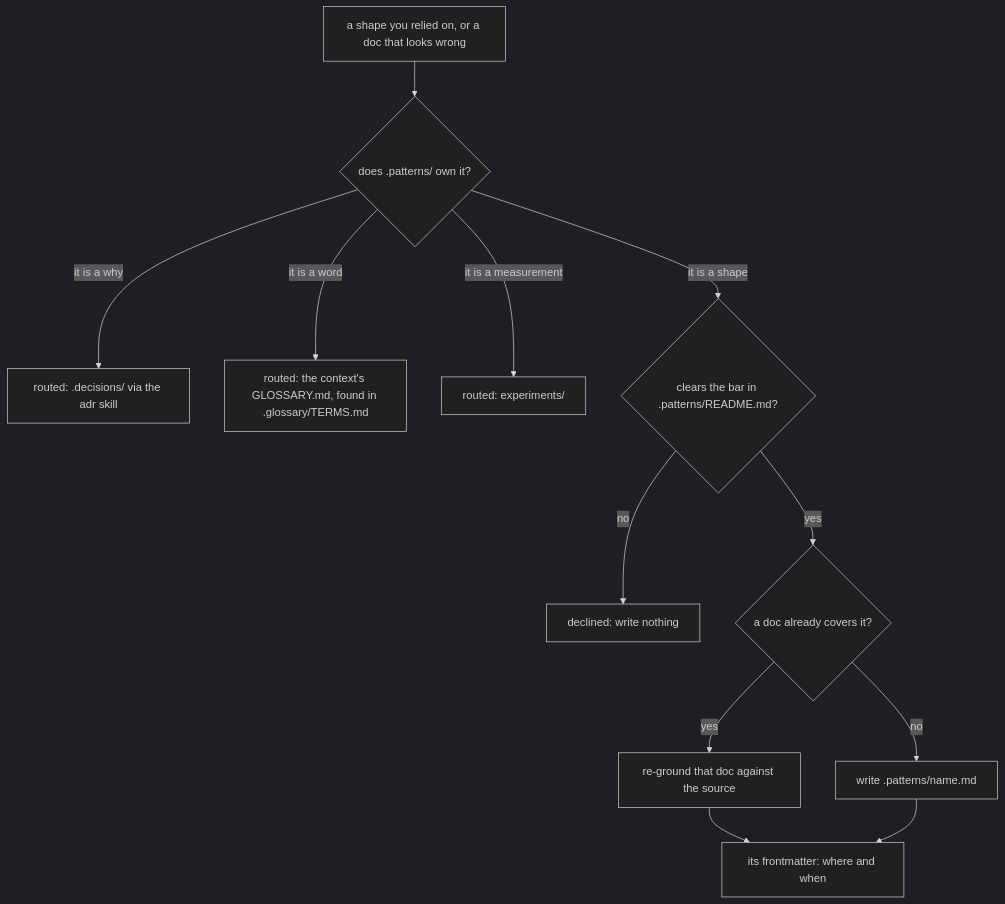
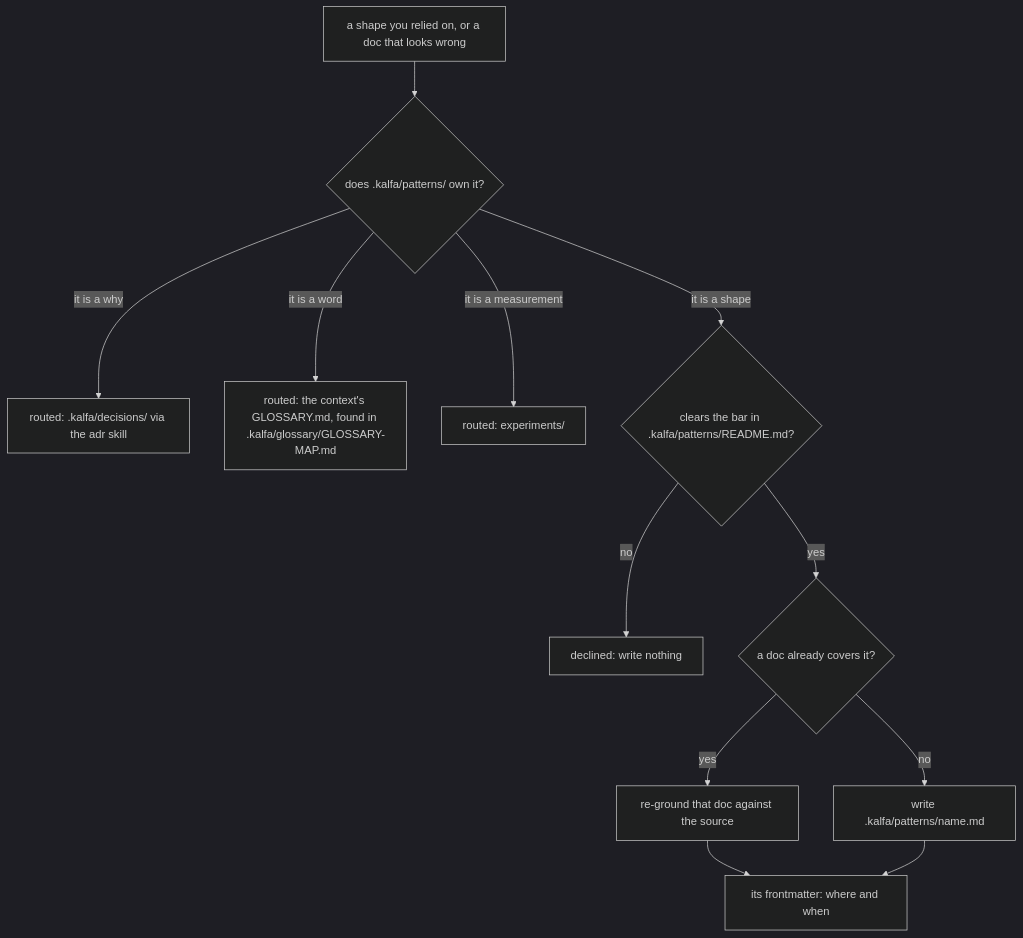
One commit to kamp-us/tea-fabrika changed the diagram in .agents/skills/write-pattern/SKILL.md. Above: the diagram before and after it, drawn with Mermaid (dark theme). The commit also changed other lines of this file and 1004 other files, not shown here.

First line of the commit message:
The decision log is 38 short ADRs in .kalfa/decisions/, and every record folder lives under .kalfa/ (#1679)

````diff
--- a/.agents/skills/write-pattern/SKILL.md
+++ b/.agents/skills/write-pattern/SKILL.md
@@ -17,14 +17,14 @@
 ```mermaid
 flowchart TD
-  start["a shape you relied on, or a doc that looks wrong"] --> owns{"does .patterns/ own it?"}
-  owns -- "it is a why" --> routed["routed: .decisions/ via the adr skill"]
-  owns -- "it is a word" --> routedWord["routed: the context's GLOSSARY.md, found in .glossary/TERMS.md"]
+  start["a shape you relied on, or a doc that looks wrong"] --> owns{"does .kalfa/patterns/ own it?"}
+  owns -- "it is a why" --> routed["routed: .kalfa/decisions/ via the adr skill"]
+  owns -- "it is a word" --> routedWord["routed: the context's GLOSSARY.md, found in .kalfa/glossary/GLOSSARY-MAP.md"]
   owns -- "it is a measurement" --> routedExp["routed: experiments/"]
-  owns -- "it is a shape" --> bar{"clears the bar in .patterns/README.md?"}
+  owns -- "it is a shape" --> bar{"clears the bar in .kalfa/patterns/README.md?"}
   bar -- no --> declined["declined: write nothing"]
   bar -- yes --> exists{"a doc already covers it?"}
   exists -- yes --> reground["re-ground that doc against the source"]
-  exists -- no --> write["write .patterns/name.md"]
+  exists -- no --> write["write .kalfa/patterns/name.md"]
   reground --> register["its frontmatter: where and when"]
   write --> register
 ```
````
